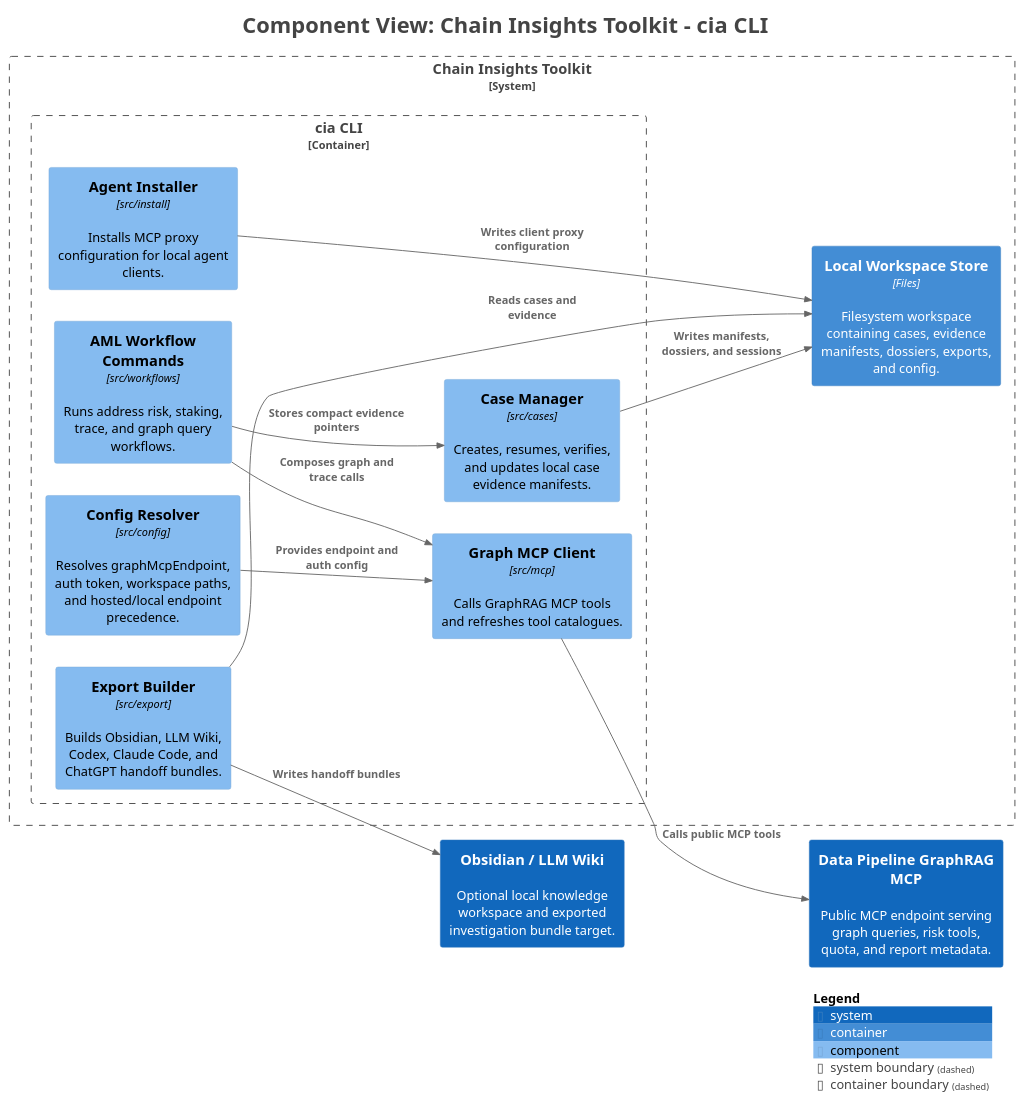
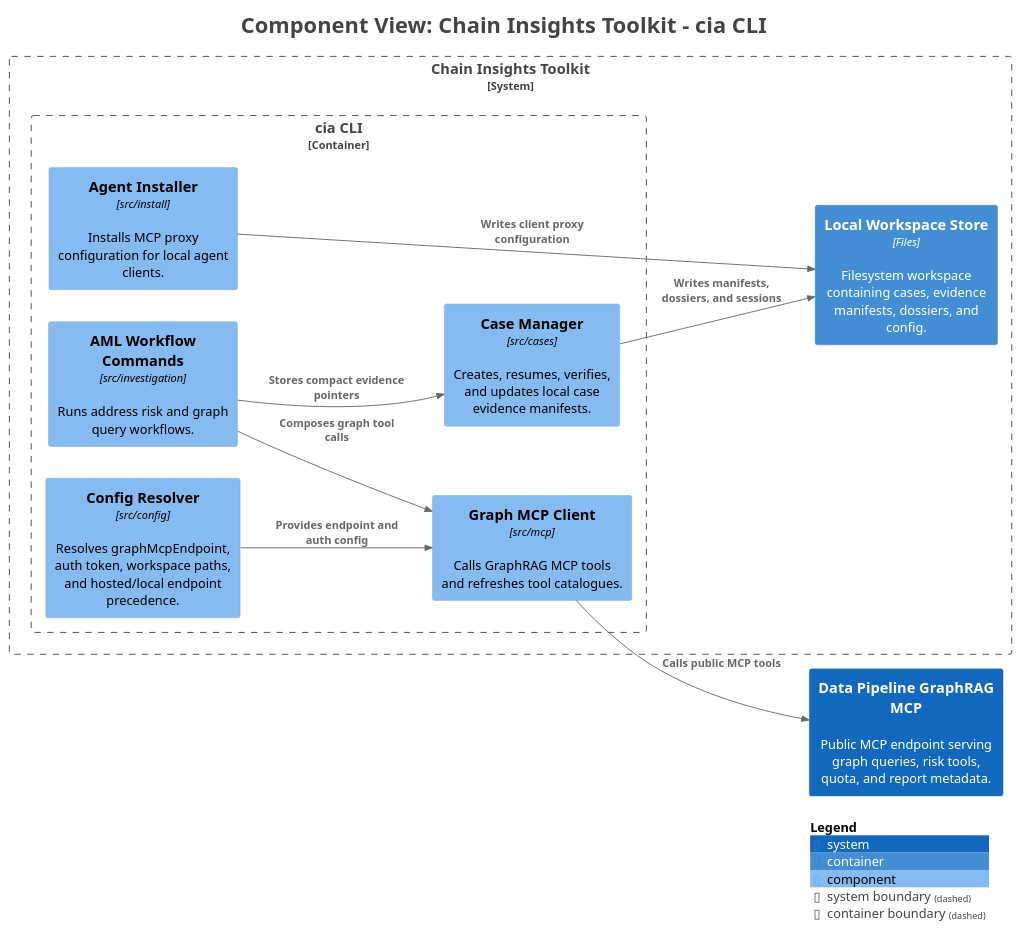
The diagram in docs/architecture/diagrams/rendered/global/structurizr-chain-insights-components.puml (chainswarm/chain-insights), drawn with PlantUML before and after one commit. The commit also changed 32 other files, not shown here.

```diff
--- a/docs/architecture/diagrams/rendered/global/structurizr-chain-insights-components.puml
+++ b/docs/architecture/diagrams/rendered/global/structurizr-chain-insights-components.puml
@@ -1,46 +1,42 @@
 @startuml
 title <size:24>Component View: Chain Insights Toolkit - cia CLI</size>
 
 set separator none
 left to right direction
 
 <style>
   root {
     BackgroundColor: #ffffff
     FontColor: #444444
   }
 </style>
 
 !include <C4/C4>
 !include <C4/C4_Context>
 !include <C4/C4_Container>
 !include <C4/C4_Component>
 
 System(DataPipelineGraphRAGMCP, "Data Pipeline GraphRAG MCP", $descr="Public MCP endpoint serving graph queries, risk tools, quota, and report metadata.", $tags="", $link="")
-System(ObsidianLLMWiki, "Obsidian / LLM Wiki", $descr="Optional local knowledge workspace and exported investigation bundle target.", $tags="", $link="")
 
 System_Boundary("ChainInsightsToolkit_boundary", "Chain Insights Toolkit", $tags="") {
   Container_Boundary("ChainInsightsToolkit.ciaCLI_boundary", "cia CLI", $tags="") {
-    Component(ChainInsightsToolkit.ciaCLI.AMLWorkflowCommands, "AML Workflow Commands", $techn="src/workflows", $descr="Runs address risk, staking, trace, and graph query workflows.", $tags="", $link="")
+    Component(ChainInsightsToolkit.ciaCLI.AMLWorkflowCommands, "AML Workflow Commands", $techn="src/investigation", $descr="Runs address risk and graph query workflows.", $tags="", $link="")
     Component(ChainInsightsToolkit.ciaCLI.CaseManager, "Case Manager", $techn="src/cases", $descr="Creates, resumes, verifies, and updates local case evidence manifests.", $tags="", $link="")
-    Component(ChainInsightsToolkit.ciaCLI.ExportBuilder, "Export Builder", $techn="src/export", $descr="Builds Obsidian, LLM Wiki, Codex, Claude Code, and ChatGPT handoff bundles.", $tags="", $link="")
     Component(ChainInsightsToolkit.ciaCLI.AgentInstaller, "Agent Installer", $techn="src/install", $descr="Installs MCP proxy configuration for local agent clients.", $tags="", $link="")
     Component(ChainInsightsToolkit.ciaCLI.ConfigResolver, "Config Resolver", $techn="src/config", $descr="Resolves graphMcpEndpoint, auth token, workspace paths, and hosted/local endpoint precedence.", $tags="", $link="")
     Component(ChainInsightsToolkit.ciaCLI.GraphMCPClient, "Graph MCP Client", $techn="src/mcp", $descr="Calls GraphRAG MCP tools and refreshes tool catalogues.", $tags="", $link="")
   }
 
-  Container(ChainInsightsToolkit.LocalWorkspaceStore, "Local Workspace Store", $techn="Files", $descr="Filesystem workspace containing cases, evidence manifests, dossiers, exports, and config.", $tags="", $link="")
+  Container(ChainInsightsToolkit.LocalWorkspaceStore, "Local Workspace Store", $techn="Files", $descr="Filesystem workspace containing cases, evidence manifests, dossiers, and config.", $tags="", $link="")
 }
 
 Rel(ChainInsightsToolkit.ciaCLI.ConfigResolver, ChainInsightsToolkit.ciaCLI.GraphMCPClient, "Provides endpoint and auth config", $techn="", $tags="", $link="")
 Rel(ChainInsightsToolkit.ciaCLI.GraphMCPClient, DataPipelineGraphRAGMCP, "Calls public MCP tools", $techn="", $tags="", $link="")
-Rel(ChainInsightsToolkit.ciaCLI.AMLWorkflowCommands, ChainInsightsToolkit.ciaCLI.GraphMCPClient, "Composes graph and trace calls", $techn="", $tags="", $link="")
+Rel(ChainInsightsToolkit.ciaCLI.AMLWorkflowCommands, ChainInsightsToolkit.ciaCLI.GraphMCPClient, "Composes graph tool calls", $techn="", $tags="", $link="")
 Rel(ChainInsightsToolkit.ciaCLI.AMLWorkflowCommands, ChainInsightsToolkit.ciaCLI.CaseManager, "Stores compact evidence pointers", $techn="", $tags="", $link="")
 Rel(ChainInsightsToolkit.ciaCLI.CaseManager, ChainInsightsToolkit.LocalWorkspaceStore, "Writes manifests, dossiers, and sessions", $techn="", $tags="", $link="")
-Rel(ChainInsightsToolkit.ciaCLI.ExportBuilder, ChainInsightsToolkit.LocalWorkspaceStore, "Reads cases and evidence", $techn="", $tags="", $link="")
-Rel(ChainInsightsToolkit.ciaCLI.ExportBuilder, ObsidianLLMWiki, "Writes handoff bundles", $techn="", $tags="", $link="")
 Rel(ChainInsightsToolkit.ciaCLI.AgentInstaller, ChainInsightsToolkit.LocalWorkspaceStore, "Writes client proxy configuration", $techn="", $tags="", $link="")
 
 SHOW_LEGEND(true)
 hide stereotypes
 @enduml
```
